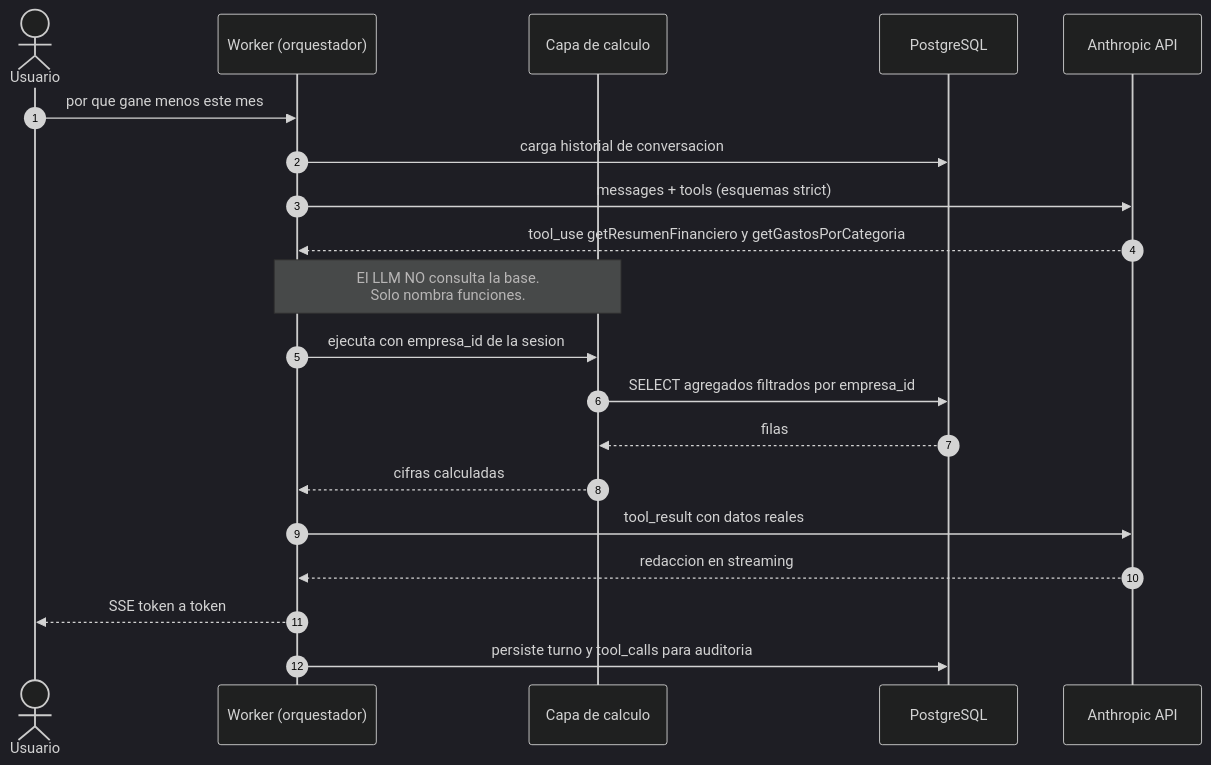
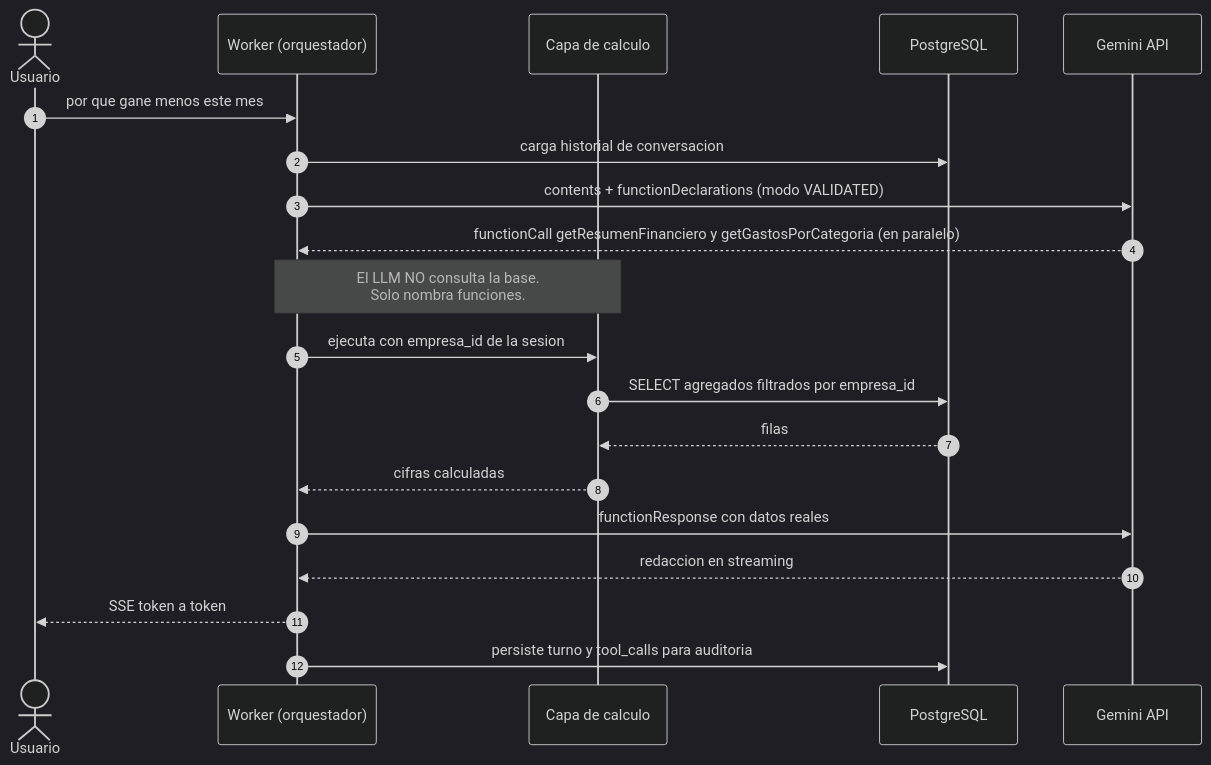
The second of 2 diagrams in entregas-cloud/checkpoint-1/01-arquitectura.md (colosoler/Helpyme), drawn with Mermaid (dark theme) before and after one commit. The commit also changed other lines of this file and 7 other files, not shown here.

````diff
--- a/entregas-cloud/checkpoint-1/01-arquitectura.md
+++ b/entregas-cloud/checkpoint-1/01-arquitectura.md
@@ -157,23 +157,23 @@
 ```mermaid
 sequenceDiagram
     autonumber
     actor U as Usuario
     participant W as Worker (orquestador)
     participant C as Capa de calculo
     participant DB as PostgreSQL
-    participant A as Anthropic API
+    participant A as Gemini API
 
     U->>W: por que gane menos este mes
     W->>DB: carga historial de conversacion
-    W->>A: messages + tools (esquemas strict)
-    A-->>W: tool_use getResumenFinanciero y getGastosPorCategoria
+    W->>A: contents + functionDeclarations (modo VALIDATED)
+    A-->>W: functionCall getResumenFinanciero y getGastosPorCategoria (en paralelo)
     Note over W,C: El LLM NO consulta la base.<br/>Solo nombra funciones.
     W->>C: ejecuta con empresa_id de la sesion
     C->>DB: SELECT agregados filtrados por empresa_id
     DB-->>C: filas
     C-->>W: cifras calculadas
-    W->>A: tool_result con datos reales
+    W->>A: functionResponse con datos reales
     A-->>W: redaccion en streaming
     W-->>U: SSE token a token
     W->>DB: persiste turno y tool_calls para auditoria
 ```
````
